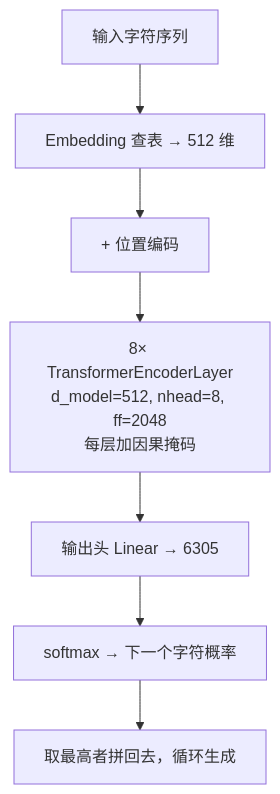
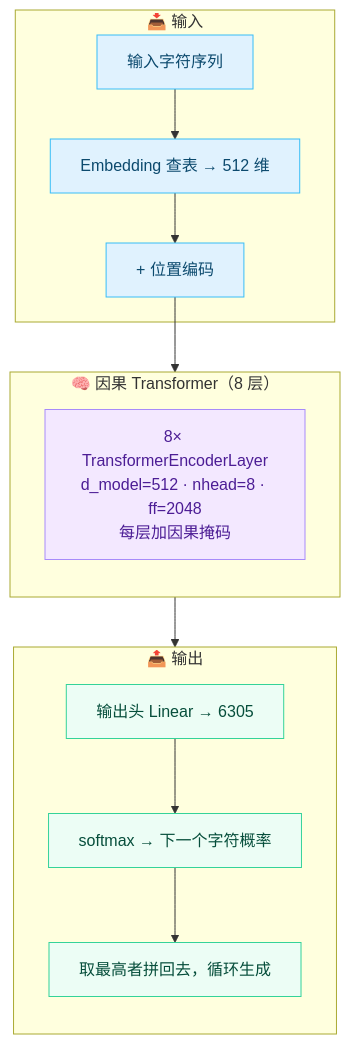
Before and after one commit to jiangchuangege/xiaojiao-harness: the fourth of 7 diagrams in README.md, drawn with Mermaid. The commit also changed other lines of this file and 1 other file, not shown here.

First line of the commit message:
docs: redesign all mermaid diagrams (layered, color-coded, cleaner)

````diff
--- a/README.md
+++ b/README.md
@@ -347,9 +387,26 @@
 ```mermaid
 flowchart TD
-    A["输入字符序列"] --> B["Embedding 查表 → 512 维"]
-    B --> C["+ 位置编码"]
-    C --> D["8× TransformerEncoderLayer<br/>d_model=512, nhead=8, ff=2048<br/>每层加因果掩码"]
-    D --> E["输出头 Linear → 6305"]
-    E --> F["softmax → 下一个字符概率"]
-    F --> G["取最高者拼回去，循环生成"]
+    subgraph INP["📥 输入"]
+        A["输入字符序列"] --> B["Embedding 查表 → 512 维"]
+        B --> C["+ 位置编码"]
+    end
+    subgraph TRF["🧠 因果 Transformer（8 层）"]
+        direction TB
+        D["8× TransformerEncoderLayer<br/>d_model=512 · nhead=8 · ff=2048<br/>每层加因果掩码"]
+    end
+    subgraph OUT["📤 输出"]
+        direction TB
+        E["输出头 Linear → 6305"]
+        F["softmax → 下一个字符概率"]
+        G["取最高者拼回去，循环生成"]
+    end
+    C --> D --> E
+    E --> F --> G
+
+    classDef inp fill:#e0f2fe,stroke:#38bdf8,color:#0c4a6e;
+    classDef trf fill:#f3e8ff,stroke:#a78bfa,color:#4c1d95;
+    classDef out fill:#ecfdf5,stroke:#34d399,color:#064e3b;
+    class A,B,C inp;
+    class D trf;
+    class E,F,G out;
 ```
````
